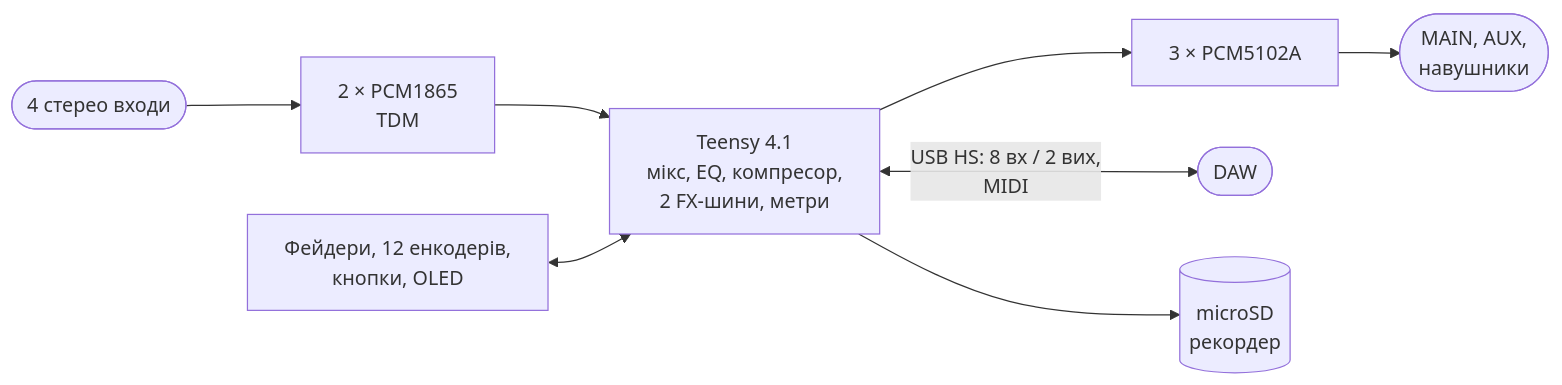
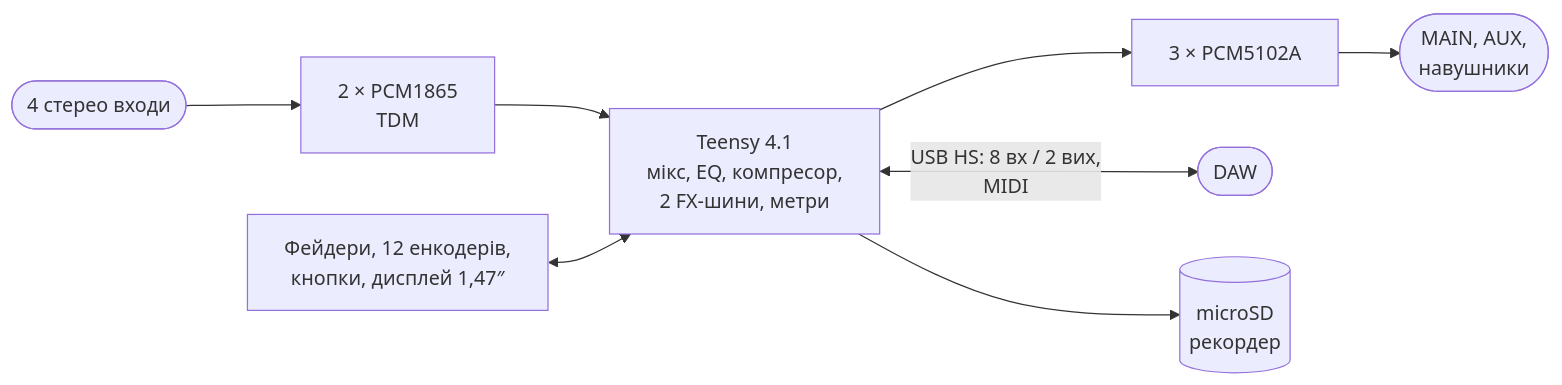
The diagram in digital-mixer/README.md (heartpolik/hardware-pocket-mixer), drawn with Mermaid before and after one commit. The commit also changed other lines of this file and 13 other files, not shown here.

First line of the commit message:
digital-mixer: дисплей GMT147SPI, кнопки TSF-1266, живлення кнопкою з фіксацією (DM16-DM18)

````diff
--- a/digital-mixer/README.md
+++ b/digital-mixer/README.md
@@ -10,8 +10,8 @@
 ```mermaid
 flowchart LR
     IN(["4 стерео входи"]) --> ADC["2 × PCM1865<br/>TDM"] --> T["Teensy 4.1<br/>мікс, EQ, компресор,<br/>2 FX-шини, метри"]
     T --> DAC["3 × PCM5102A"] --> OUT(["MAIN, AUX,<br/>навушники"])
     T <-->|"USB HS: 8 вх / 2 вих,<br/>MIDI"| PC(["DAW"])
     T --> SD[("microSD<br/>рекордер")]
-    UI["Фейдери, 12 енкодерів,<br/>кнопки, OLED"] <--> T
+    UI["Фейдери, 12 енкодерів,<br/>кнопки, дисплей 1,47″"] <--> T
 ```
````
